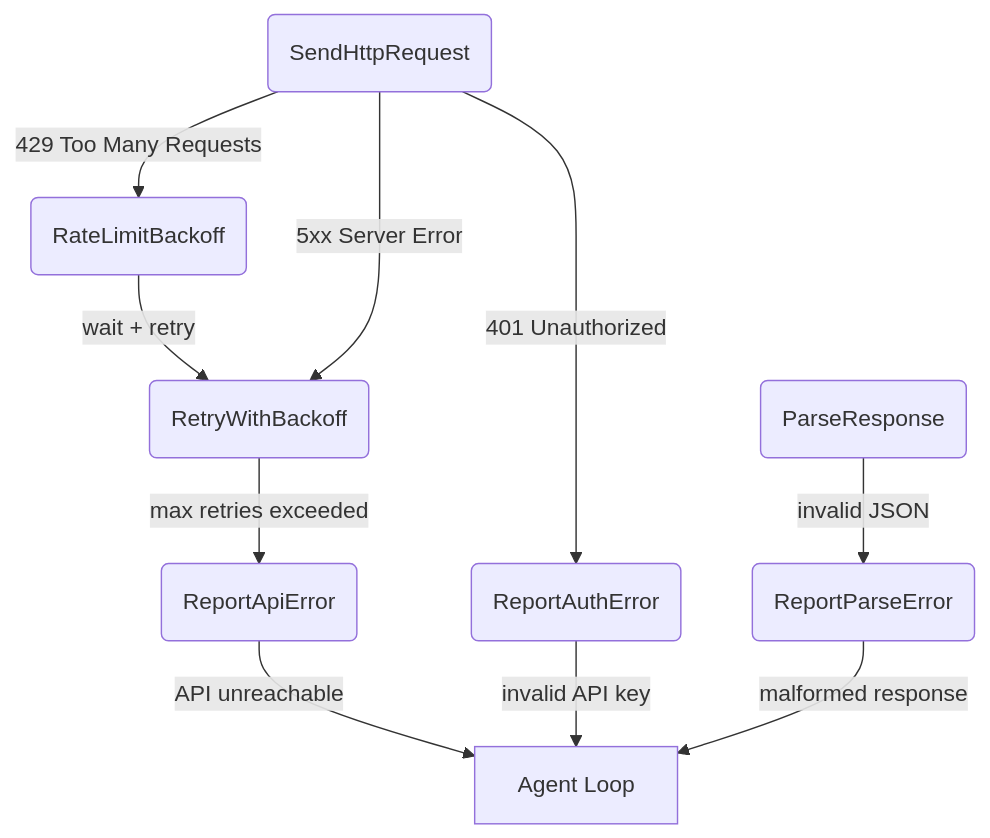
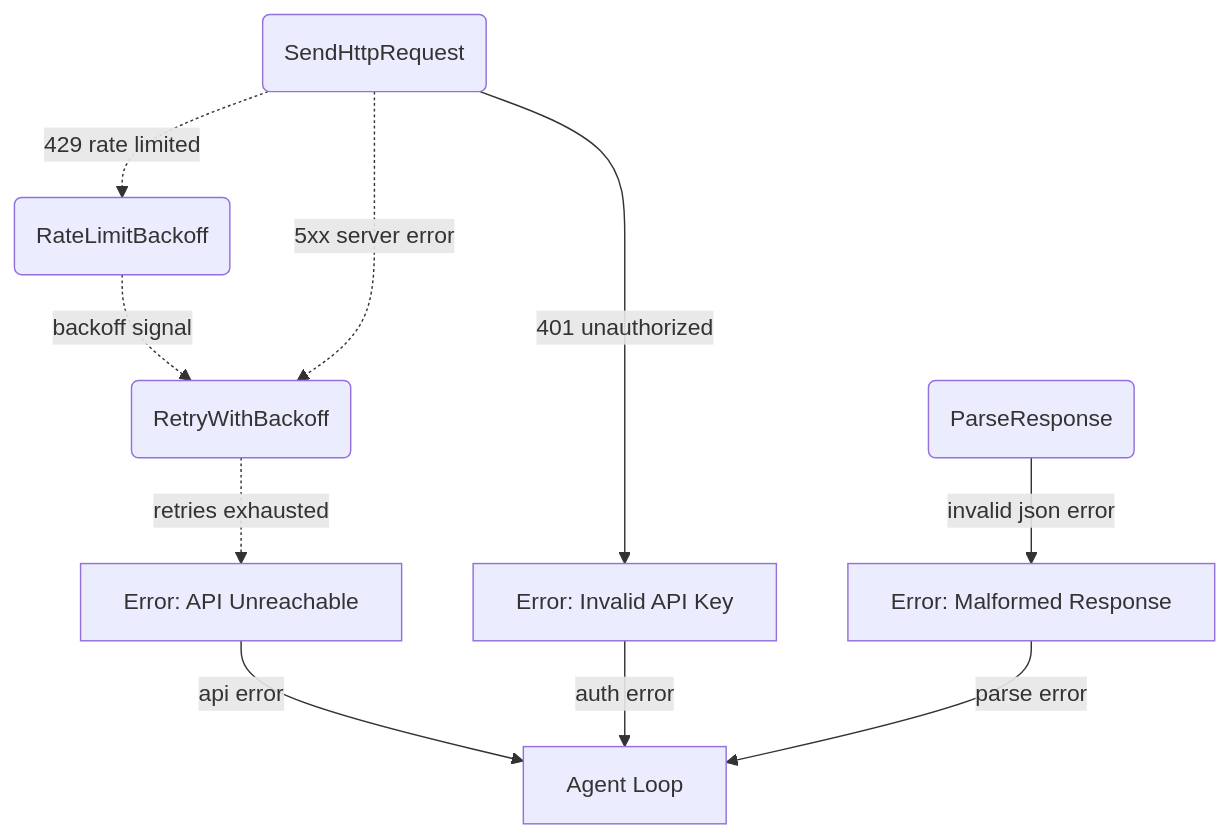
Before and after one commit to cosmoswafer/rockbot: the second of 3 diagrams in _dfds/ai-provider.md, drawn with Mermaid. The commit also changed other lines of this file and 7 other files, not shown here.

````diff
--- a/_dfds/ai-provider.md
+++ b/_dfds/ai-provider.md
@@ -44,21 +43,21 @@
 ```mermaid
 flowchart TD
     HTTP(SendHttpRequest)
     PARSE(ParseResponse)
     RATE(RateLimitBackoff)
     RETRY(RetryWithBackoff)
-    REPORT_API(ReportApiError)
-    REPORT_PARSE(ReportParseError)
-    REPORT_AUTH(ReportAuthError)
+    ERR_API[Error: API Unreachable]
+    ERR_PARSE[Error: Malformed Response]
+    ERR_AUTH[Error: Invalid API Key]
     AGENT[Agent Loop]
 
-    HTTP -->|"429 Too Many Requests"| RATE
-    RATE -->|"wait + retry"| RETRY
-    HTTP -->|"5xx Server Error"| RETRY
-    RETRY -->|"max retries exceeded"| REPORT_API
-    HTTP -->|"401 Unauthorized"| REPORT_AUTH
-    PARSE -->|"invalid JSON"| REPORT_PARSE
-    REPORT_API -->|"API unreachable"| AGENT
-    REPORT_AUTH -->|"invalid API key"| AGENT
-    REPORT_PARSE -->|"malformed response"| AGENT
+    HTTP -.->|"429 rate limited"| RATE
+    RATE -.->|"backoff signal"| RETRY
+    HTTP -.->|"5xx server error"| RETRY
+    RETRY -.->|"retries exhausted"| ERR_API
+    HTTP -->|"401 unauthorized"| ERR_AUTH
+    PARSE -->|"invalid json error"| ERR_PARSE
+    ERR_API -->|"api error"| AGENT
+    ERR_AUTH -->|"auth error"| AGENT
+    ERR_PARSE -->|"parse error"| AGENT
 ```
````
